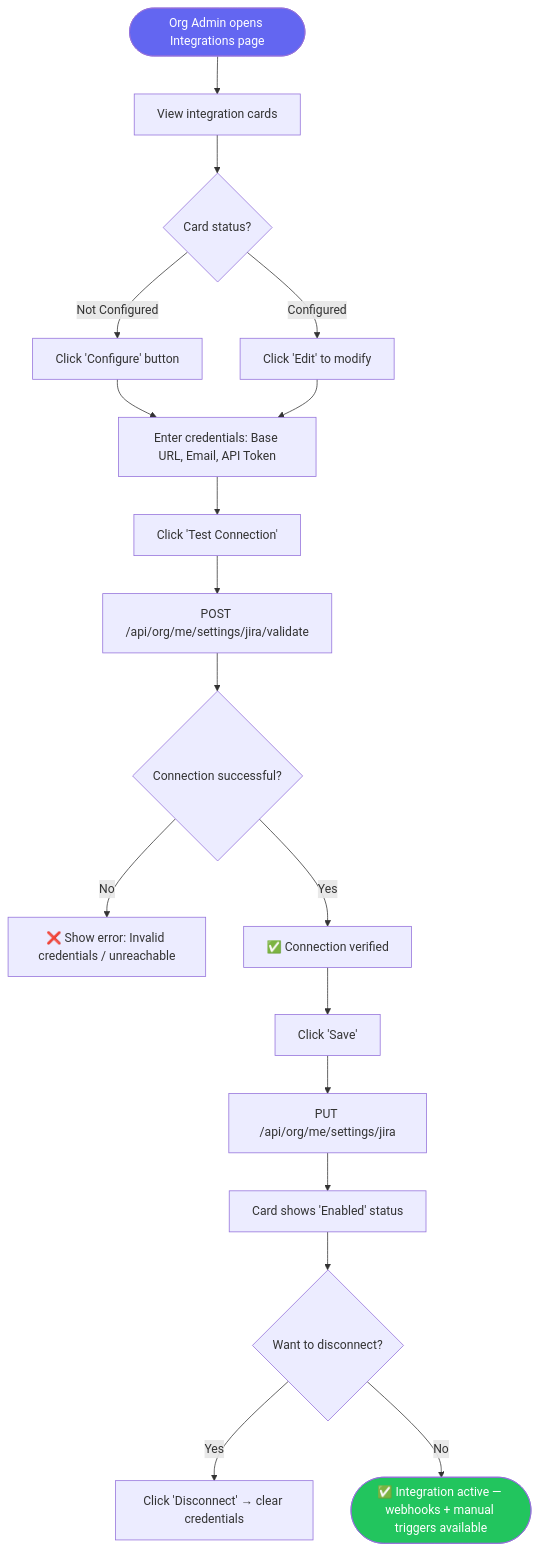
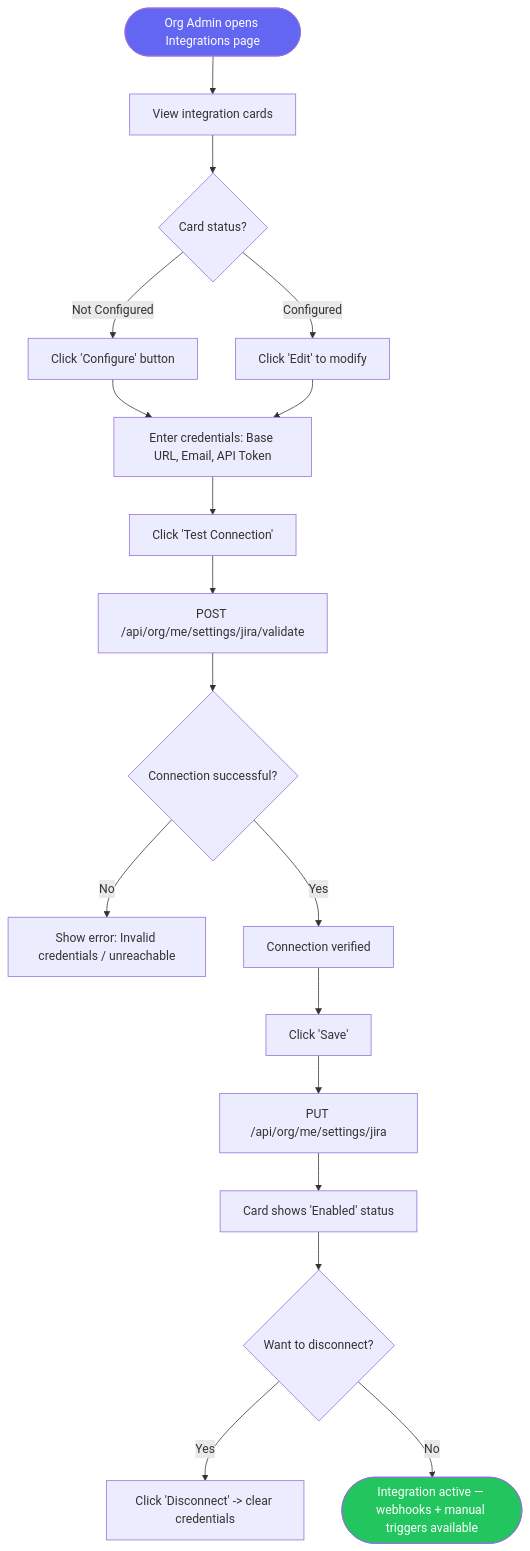
Diagram 12 of 36 in docs/WORKFLOWS.md (navneetprabhakar/executespec), drawn with Mermaid before and after one commit. The commit also changed other lines of this file and 47 other files, not shown here.

````diff
--- a/docs/WORKFLOWS.md
+++ b/docs/WORKFLOWS.md
@@ -256,23 +393,23 @@
 ```mermaid
 flowchart TD
     A([Org Admin opens Integrations page]) --> B[View integration cards]
     B --> C{Card status?}
     C -->|Not Configured| D[Click 'Configure' button]
     C -->|Configured| E[Click 'Edit' to modify]
     D --> F[Enter credentials: Base URL, Email, API Token]
     E --> F
     F --> G[Click 'Test Connection']
     G --> H[POST /api/org/me/settings/jira/validate]
     H --> I{Connection successful?}
-    I -->|No| J[❌ Show error: Invalid credentials / unreachable]
-    I -->|Yes| K[✅ Connection verified]
+    I -->|No| J[Show error: Invalid credentials / unreachable]
+    I -->|Yes| K[Connection verified]
     K --> L[Click 'Save']
     L --> M[PUT /api/org/me/settings/jira]
     M --> N[Card shows 'Enabled' status]
     N --> O{Want to disconnect?}
-    O -->|Yes| P[Click 'Disconnect' → clear credentials]
-    O -->|No| Q([✅ Integration active — webhooks + manual triggers available])
+    O -->|Yes| P[Click 'Disconnect' -> clear credentials]
+    O -->|No| Q([Integration active — webhooks + manual triggers available])
 
     style A fill:#6366f1,color:#fff
     style Q fill:#22c55e,color:#fff
 ```
````
